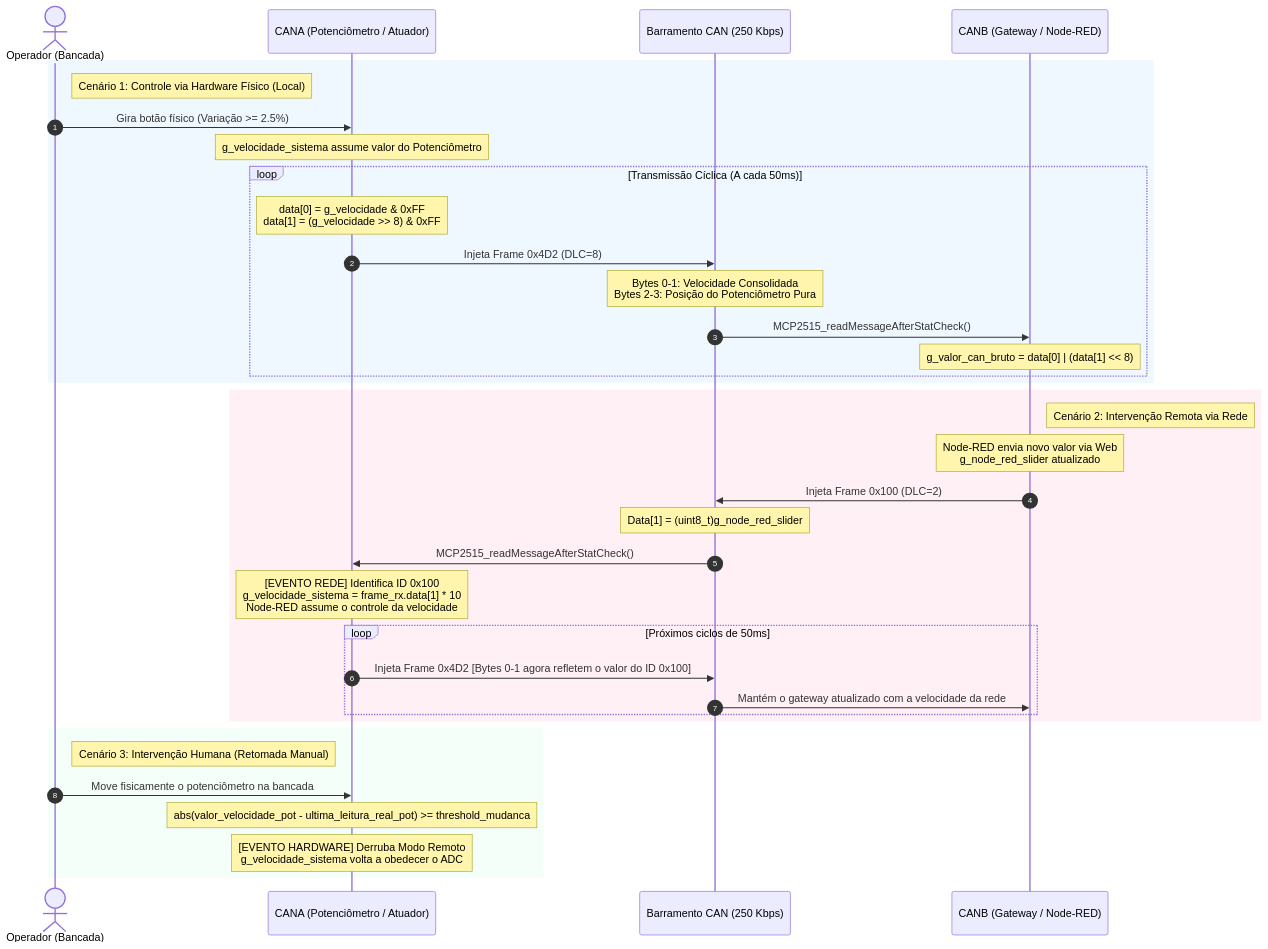
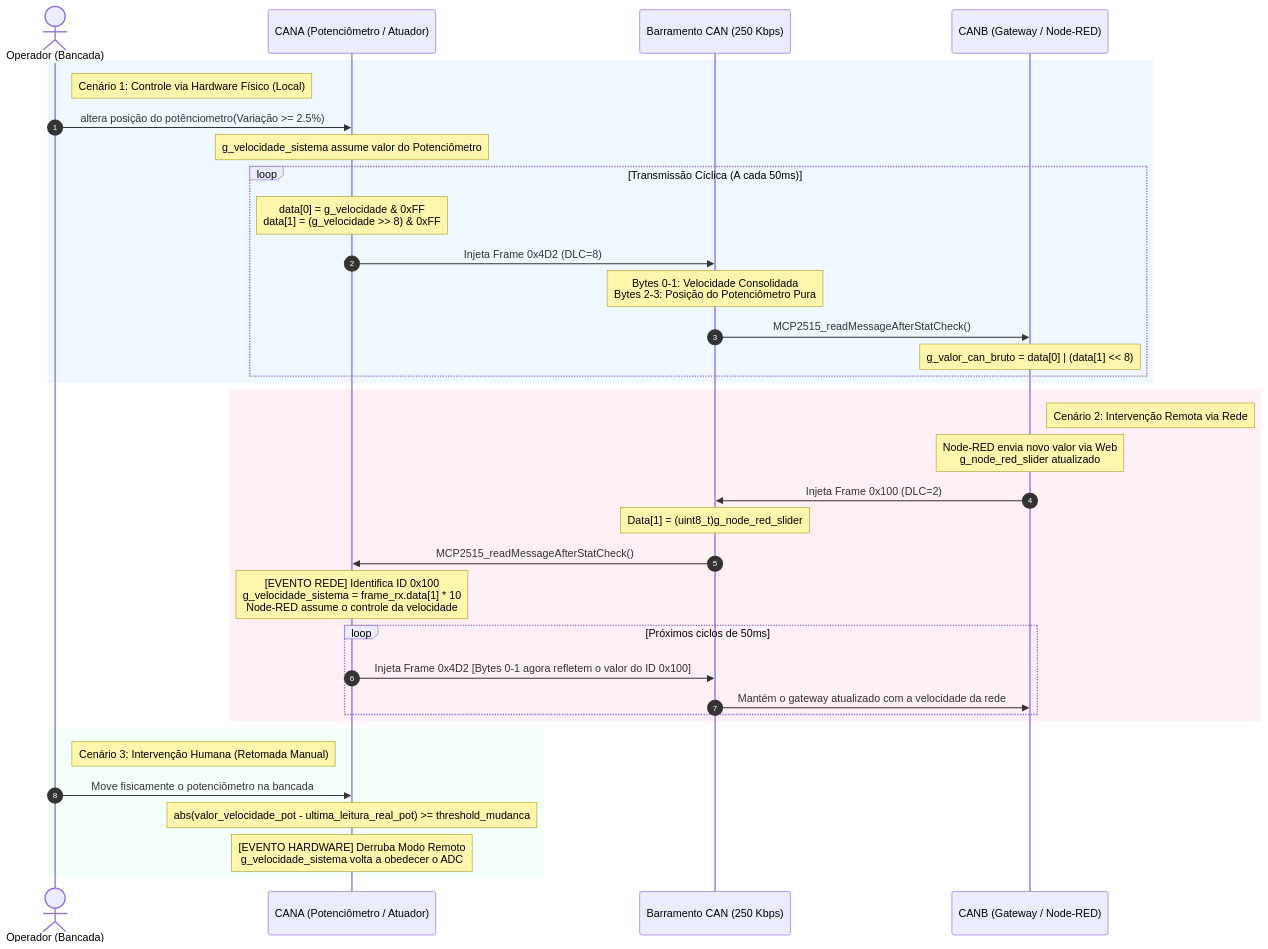
One commit to Scheeffer/Project_Nexus changed the second of 2 diagrams in rede-can/README.md. Above: the diagram before and after it, drawn with Mermaid. The commit also changed other lines of this file, not shown here.

````diff
--- a/rede-can/README.md
+++ b/rede-can/README.md
@@ -179,47 +180,47 @@
 ```mermaid
 sequenceDiagram
     autonumber
     actor Operador as Operador (Bancada)
     participant HardwareA as CANA (Potenciômetro / Atuador)
     participant CAN as Barramento CAN (250 Kbps)
     participant HardwareB as CANB (Gateway / Node-RED)
 
     %% CENÁRIO 1: CONTROLE LOCAL (PRIORIDADE DO POTENCIÔMETRO)
     rect rgb(240, 248, 255)
         note right of Operador: Cenário 1: Controle via Hardware Físico (Local)
-        Operador->>HardwareA: Gira botão físico (Variação >= 2.5%)
+        Operador->>HardwareA: altera posição do potênciometro(Variação >= 2.5%)
         Note over HardwareA: g_velocidade_sistema assume valor do Potenciômetro
         
         loop Transmissão Cíclica (A cada 50ms)
             Note over HardwareA: data[0] = g_velocidade & 0xFF<br/>data[1] = (g_velocidade >> 8) & 0xFF
             HardwareA->>CAN: Injeta Frame 0x4D2 (DLC=8)
             Note over CAN: Bytes 0-1: Velocidade Consolidada<br/>Bytes 2-3: Posição do Potenciômetro Pura
             CAN->>HardwareB: MCP2515_readMessageAfterStatCheck()
             Note over HardwareB: g_valor_can_bruto = data[0] | (data[1] << 8)
         end
     end
 
     %% CENÁRIO 2: ALTERNÂNCIA PARA CONTROLE REMOTO (DISPUTA DE CONCORRÊNCIA)
     rect rgb(255, 240, 245)
         note right of HardwareB: Cenário 2: Intervenção Remota via Rede
         Note over HardwareB: Node-RED envia novo valor via Web<br/>g_node_red_slider atualizado
         
         HardwareB->>CAN: Injeta Frame 0x100 (DLC=2)
         Note over CAN: Data[1] = (uint8_t)g_node_red_slider
         CAN->>HardwareA: MCP2515_readMessageAfterStatCheck()
         
         Note over HardwareA: [EVENTO REDE] Identifica ID 0x100<br/>g_velocidade_sistema = frame_rx.data[1] * 10<br/>Node-RED assume o controle da velocidade
         loop Próximos ciclos de 50ms
             HardwareA->>CAN: Injeta Frame 0x4D2 [Bytes 0-1 agora refletem o valor do ID 0x100]
             CAN->>HardwareB: Mantém o gateway atualizado com a velocidade da rede
         end
     end
 
     %% CENÁRIO 3: RETOMADA DO CONTROLE MANUAL
     rect rgb(245, 255, 250)
         note right of Operador: Cenário 3: Intervenção Humana (Retomada Manual)
         Operador->>HardwareA: Move fisicamente o potenciômetro na bancada
         Note over HardwareA: abs(valor_velocidade_pot - ultima_leitura_real_pot) >= threshold_mudanca
         Note over HardwareA: [EVENTO HARDWARE] Derruba Modo Remoto<br/>g_velocidade_sistema volta a obedecer o ADC
     end
 ```    
````
